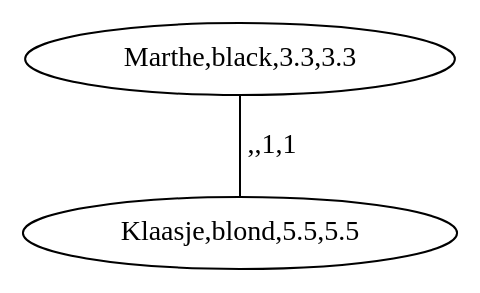
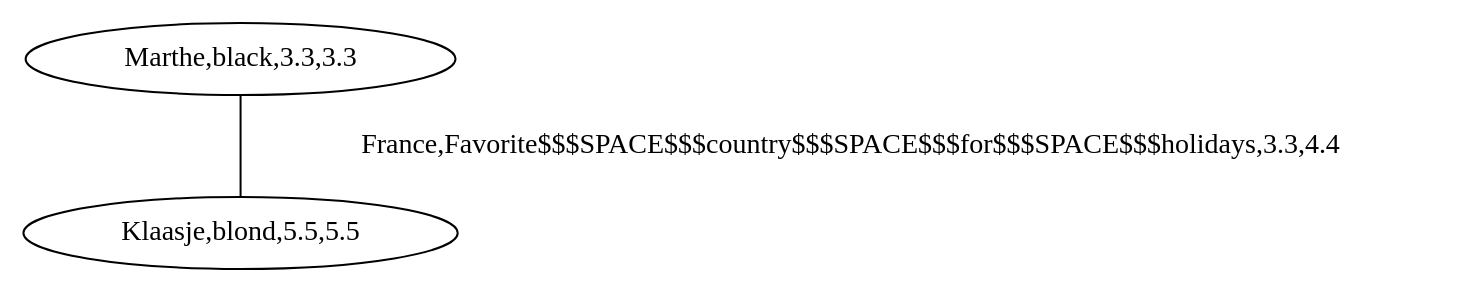
One commit to richelbilderbeek/boost_graph_cookbook_1 changed the diagram in BoostGraphTutorial/create_all_direct_neighbour_custom_and_selectable_edges_and_vertices_subgraphs_2.dot. Above: the diagram before and after it, drawn with Graphviz. The commit also changed 18 other files, not shown here.

```diff
--- a/BoostGraphTutorial/create_all_direct_neighbour_custom_and_selectable_edges_and_vertices_subgraphs_2.dot
+++ b/BoostGraphTutorial/create_all_direct_neighbour_custom_and_selectable_edges_and_vertices_subgraphs_2.dot
@@ -1,5 +1,5 @@
 graph G {
 0[label="Klaasje,blond,5.5,5.5", regular="0"];
 1[label="Marthe,black,3.3,3.3", regular="0"];
-1--0 [label=",,1,1", regular="0"];
+1--0 [label="France,Favorite$$$SPACE$$$country$$$SPACE$$$for$$$SPACE$$$holidays,3.3,4.4", regular="0"];
 }
```
